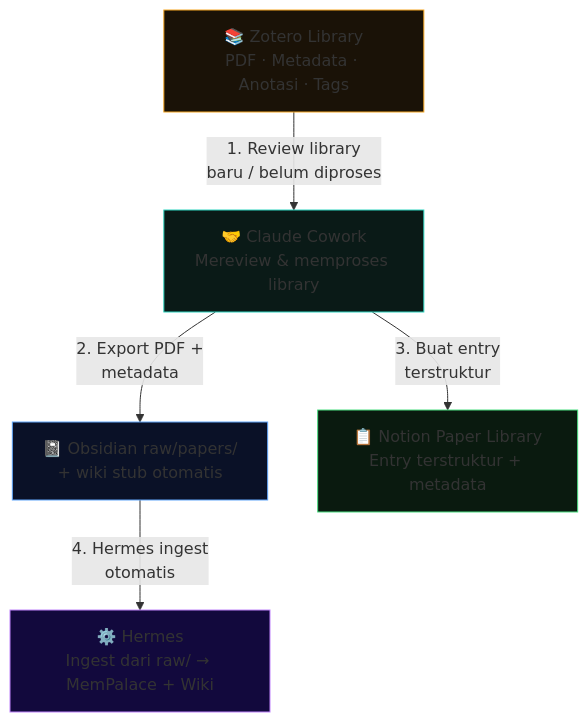
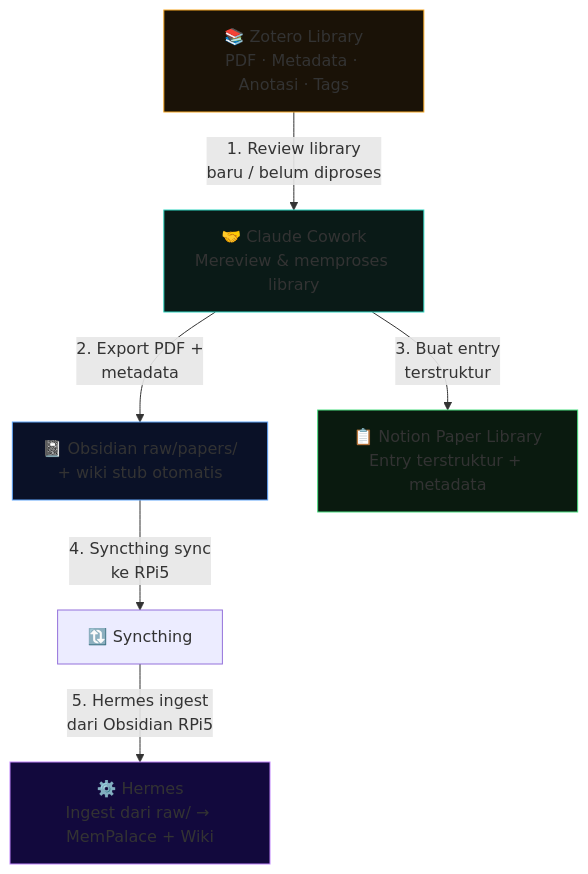
Before and after one commit to omankz/Hermes-Agent---Claude-Cowork---Notion---Obsidian: the fourth of 7 diagrams in README.md, drawn with Mermaid. The commit also changed other lines of this file, not shown here.

````diff
--- a/README.md
+++ b/README.md
@@ -526,28 +525,30 @@
 ```mermaid
 flowchart TD
     Z["📚 Zotero Library
 PDF · Metadata · Anotasi · Tags"]
     CW["🤝 Claude Cowork
 Mereview & memproses library"]
     OB["📓 Obsidian raw/papers/
 + wiki stub otomatis"]
     NT["📋 Notion Paper Library
 Entry terstruktur + metadata"]
     H["⚙️ Hermes
 Ingest dari raw/ → MemPalace + Wiki"]
 
     Z -->|"1. Review library
 baru / belum diproses"| CW
     CW -->|"2. Export PDF +
 metadata"| OB
     CW -->|"3. Buat entry
 terstruktur"| NT
-    OB -->|"4. Hermes ingest
-otomatis"| H
+    OB -->|"4. Syncthing sync
+ke RPi5"| S2["🔃 Syncthing"]
+    S2 -->|"5. Hermes ingest
+dari Obsidian RPi5"| H
 
     style Z fill:#1a1207,stroke:#f5a623
     style CW fill:#0a1a17,stroke:#2dd4bf
     style OB fill:#0a1127,stroke:#60a5fa
     style NT fill:#0a1a0f,stroke:#4ade80
     style H fill:#12093d,stroke:#c084fc
 ```
````
